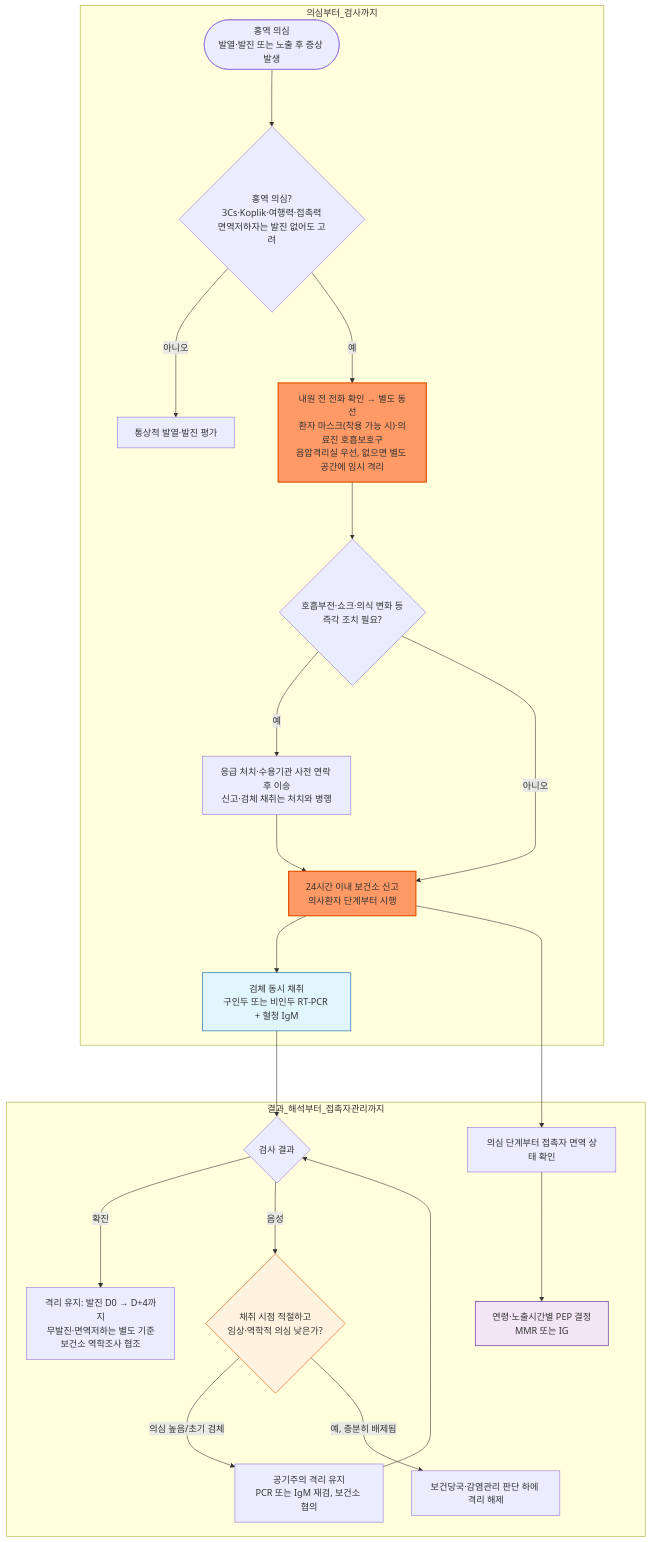
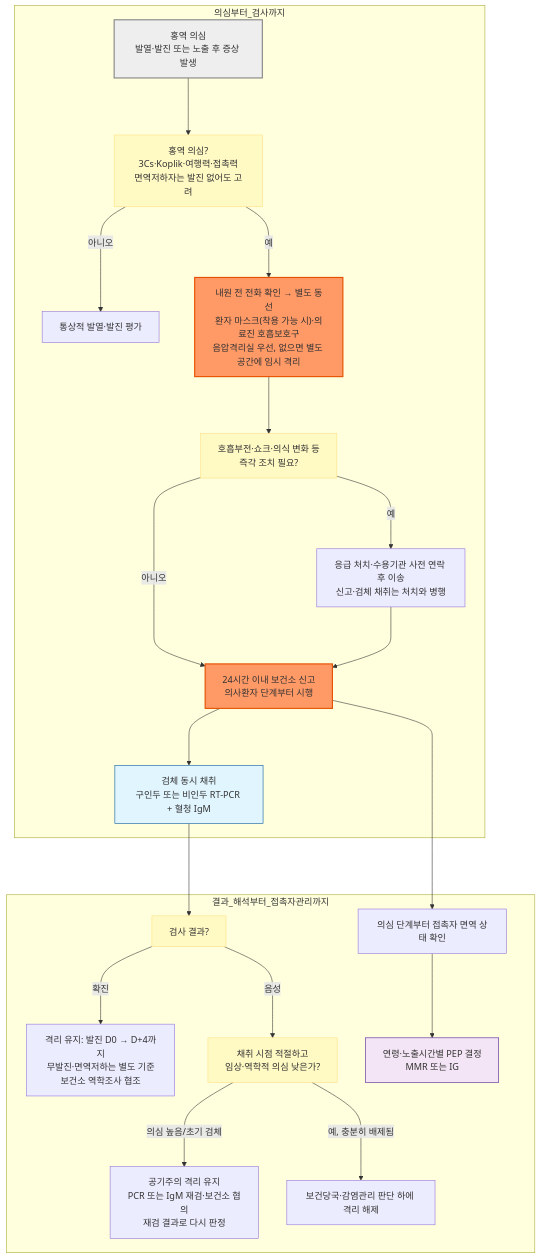
One commit to familyoh77/familyoh77 changed the diagram in 230_/195_-measles.md. Above: the diagram before and after it, drawn with Mermaid. The commit also changed other lines of this file and 16 other files, not shown here.

````diff
--- a/230_/195_-measles.md
+++ b/230_/195_-measles.md
@@ -127,28 +126,29 @@
 ```mermaid
 graph TD
     subgraph 의심부터_검사까지
-    A(["홍역 의심<br/>발열·발진 또는 노출 후 증상 발생"]) ---> B{"홍역 의심?<br/>3Cs·Koplik·여행력·접촉력<br/>면역저하자는 발진 없어도 고려"}
-    B -- 아니오 ---> C["통상적 발열·발진 평가"]
-    B -- 예 ---> D["내원 전 전화 확인 → 별도 동선<br/>환자 마스크(착용 가능 시)·의료진 호흡보호구<br/>음압격리실 우선, 없으면 별도 공간에 임시 격리"]
-    D ---> U{"호흡부전·쇼크·의식 변화 등<br/>즉각 조치 필요?"}
-    U -- 예 ---> U1["응급 처치·수용기관 사전 연락 후 이송<br/>신고·검체 채취는 처치와 병행"]
-    U -- 아니오 ---> E["24시간 이내 보건소 신고<br/>의사환자 단계부터 시행"]
+    A["홍역 의심<br/>발열·발진 또는 노출 후 증상 발생"] ---> B["홍역 의심?<br/>3Cs·Koplik·여행력·접촉력<br/>면역저하자는 발진 없어도 고려"]
+    B -- "아니오" ---> C["통상적 발열·발진 평가"]
+    B -- "예" ---> D["내원 전 전화 확인 → 별도 동선<br/>환자 마스크(착용 가능 시)·의료진 호흡보호구<br/>음압격리실 우선, 없으면 별도 공간에 임시 격리"]
+    D ---> U["호흡부전·쇼크·의식 변화 등<br/>즉각 조치 필요?"]
+    U -- "예" ---> U1["응급 처치·수용기관 사전 연락 후 이송<br/>신고·검체 채취는 처치와 병행"]
+    U -- "아니오" ---> E["24시간 이내 보건소 신고<br/>의사환자 단계부터 시행"]
     U1 ---> E
     E ---> F["검체 동시 채취<br/>구인두 또는 비인두 RT-PCR + 혈청 IgM"]
     end
     subgraph 결과_해석부터_접촉자관리까지
-    F ---> G{"검사 결과"}
-    G -- 확진 ---> H["격리 유지: 발진 D0 → D+4까지<br/>무발진·면역저하는 별도 기준<br/>보건소 역학조사 협조"]
-    G -- 음성 ---> L{"채취 시점 적절하고<br/>임상·역학적 의심 낮은가?"}
-    L -- 의심 높음/초기 검체 ---> M["공기주의 격리 유지<br/>PCR 또는 IgM 재검, 보건소 협의"]
-    M ---> G
-    L -- 예, 충분히 배제됨 ---> I["보건당국·감염관리 판단 하에 격리 해제"]
+    F ---> G["검사 결과?"]
+    G -- "확진" ---> H["격리 유지: 발진 D0 → D+4까지<br/>무발진·면역저하는 별도 기준<br/>보건소 역학조사 협조"]
+    G -- "음성" ---> L["채취 시점 적절하고<br/>임상·역학적 의심 낮은가?"]
+    L -- "의심 높음/초기 검체" ---> M["공기주의 격리 유지<br/>PCR 또는 IgM 재검·보건소 협의<br/>재검 결과로 다시 판정"]
+    L -- "예, 충분히 배제됨" ---> I["보건당국·감염관리 판단 하에 격리 해제"]
     E ---> J["의심 단계부터 접촉자 면역 상태 확인"]
     J ---> K["연령·노출시간별 PEP 결정<br/>MMR 또는 IG"]
     end
+    classDef question fill:#fff9c4,stroke:#ffe082
+    class B,U,G,L question
+    style A fill:#eeeeee,stroke:#888888,stroke-width:2px
     style D fill:#f96,stroke:#e65100,stroke-width:2px
     style E fill:#f96,stroke:#e65100,stroke-width:2px
     style F fill:#e1f5fe,stroke:#01579b
-    style L fill:#fff3e0,stroke:#e65100
     style K fill:#f3e5f5,stroke:#4a148c
 ```
````
